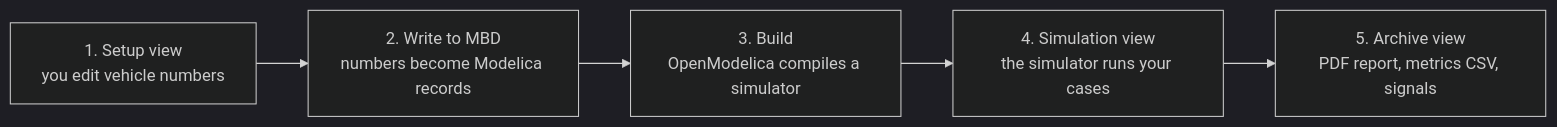
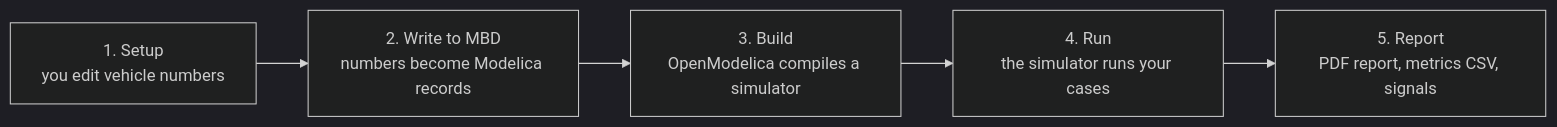
Before and after one commit to BobDyn/BobDocs: the diagram in docs/startup-guide/bobsim.md, drawn with Mermaid (dark theme). The commit also changed other lines of this file and 1 other file, not shown here.

````diff
--- a/docs/startup-guide/bobsim.md
+++ b/docs/startup-guide/bobsim.md
@@ -26,10 +27,10 @@
 ```mermaid
 flowchart LR
-    setup["1. Setup view<br/>you edit vehicle numbers"]
+    setup["1. Setup<br/>you edit vehicle numbers"]
     write["2. Write to MBD<br/>numbers become Modelica records"]
     build["3. Build<br/>OpenModelica compiles a simulator"]
-    run["4. Simulation view<br/>the simulator runs your cases"]
-    archive["5. Archive view<br/>PDF report, metrics CSV, signals"]
+    run["4. Run<br/>the simulator runs your cases"]
+    report["5. Report<br/>PDF report, metrics CSV, signals"]
 
-    setup --> write --> build --> run --> archive
+    setup --> write --> build --> run --> report
 ```
````
